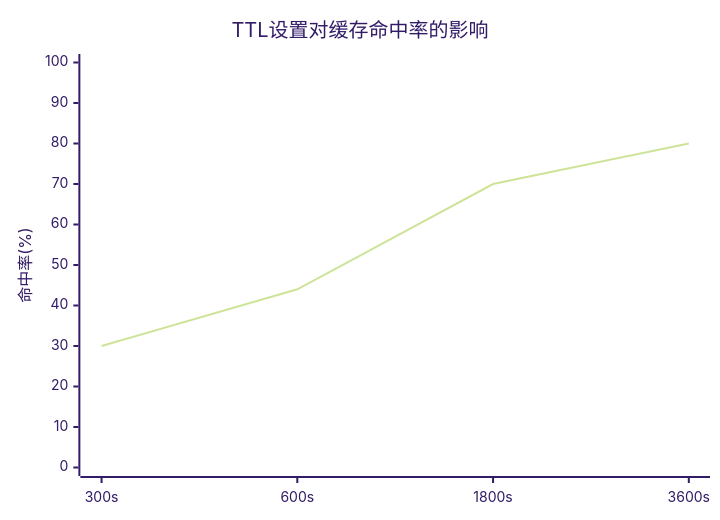
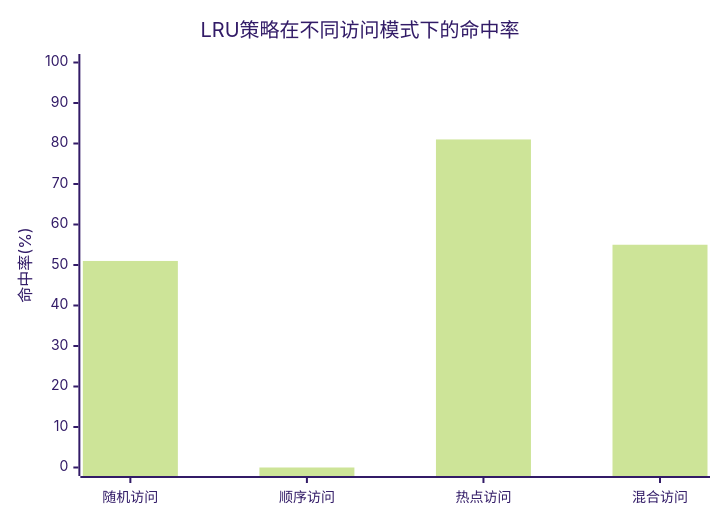
Before and after one commit to crazypenguincode/duckdb: the diagram in md/images/5-图5.16 LRU策略在不同访问模式下的命中率.mmd, drawn with Mermaid (forest theme). The commit also changed 93 other files, not shown here.

```diff
--- a/md/images/5-图5.16 LRU策略在不同访问模式下的命中率.mmd
+++ b/md/images/5-图5.16 LRU策略在不同访问模式下的命中率.mmd
@@ -1,5 +1,5 @@
 xychart-beta
-    title "TTL设置对缓存命中率的影响"
-    x-axis [300s, 600s, 1800s, 3600s]
+    title "LRU策略在不同访问模式下的命中率"
+    x-axis ["随机访问", "顺序访问", "热点访问", "混合访问"]
     y-axis "命中率(%)" 0 --> 100
-    line [30.0, 44.0, 70.0, 80.0]
+    bar [51.0, 0.0, 81.0, 55.0]
```
